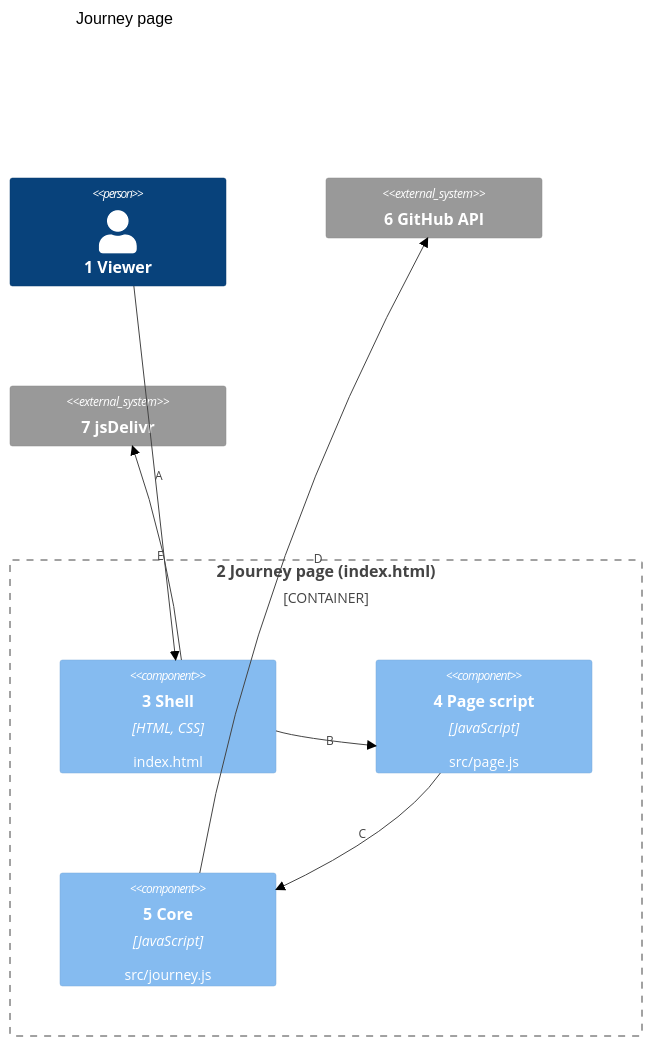
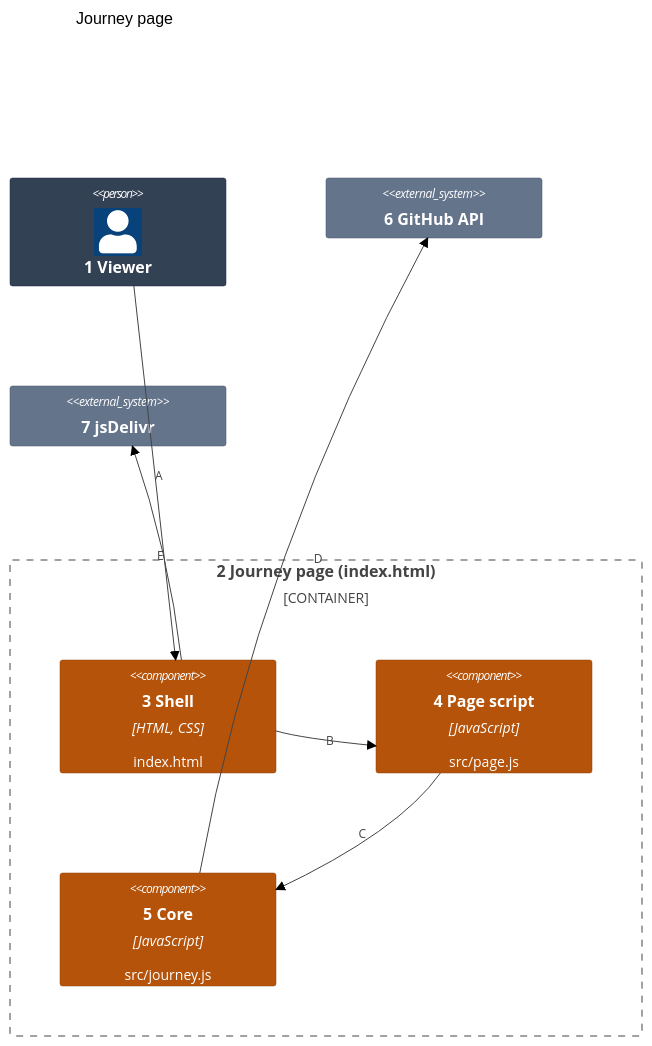
Before and after one commit to may-journal/journey: the first of 2 diagrams in docs/architecture/03-components.md, drawn with Mermaid (neutral theme). The commit also changed other lines of this file and 4 other files, not shown here.

Commit message:
docs(architecture): draw each view in its level's form and palette

````diff
--- a/docs/architecture/03-components.md
+++ b/docs/architecture/03-components.md
@@ -7,21 +7,28 @@
 ```mermaid
 C4Component
     title Journey page
 
     Person(viewer, "1 Viewer")
 
     Container_Boundary(page, "2 Journey page (index.html)") {
         Component(shell, "3 Shell", "HTML, CSS", "index.html")
         Component(screen, "4 Page script", "JavaScript", "src/page.js")
         Component(core, "5 Core", "JavaScript", "src/journey.js")
     }
 
     System_Ext(github, "6 GitHub API")
     System_Ext(cdn, "7 jsDelivr")
 
     Rel(viewer, shell, "A")
     Rel(shell, screen, "B")
     Rel(screen, core, "C")
     Rel(core, github, "D")
     Rel(shell, cdn, "E")
+
+    UpdateElementStyle(viewer, $bgColor="#334155", $borderColor="#1e293b", $fontColor="#ffffff")
+    UpdateElementStyle(shell, $bgColor="#b45309", $borderColor="#92400e", $fontColor="#ffffff")
+    UpdateElementStyle(screen, $bgColor="#b45309", $borderColor="#92400e", $fontColor="#ffffff")
+    UpdateElementStyle(core, $bgColor="#b45309", $borderColor="#92400e", $fontColor="#ffffff")
+    UpdateElementStyle(github, $bgColor="#64748b", $borderColor="#475569", $fontColor="#ffffff")
+    UpdateElementStyle(cdn, $bgColor="#64748b", $borderColor="#475569", $fontColor="#ffffff")
 ```
````
